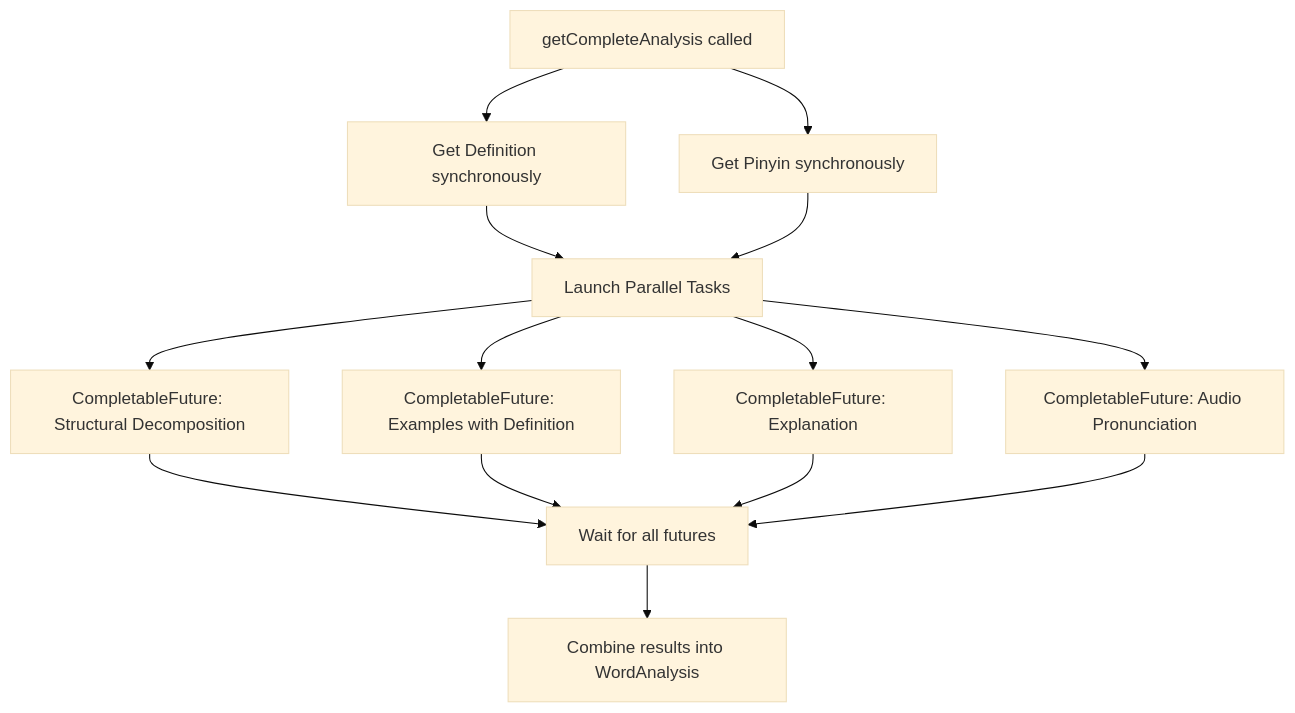
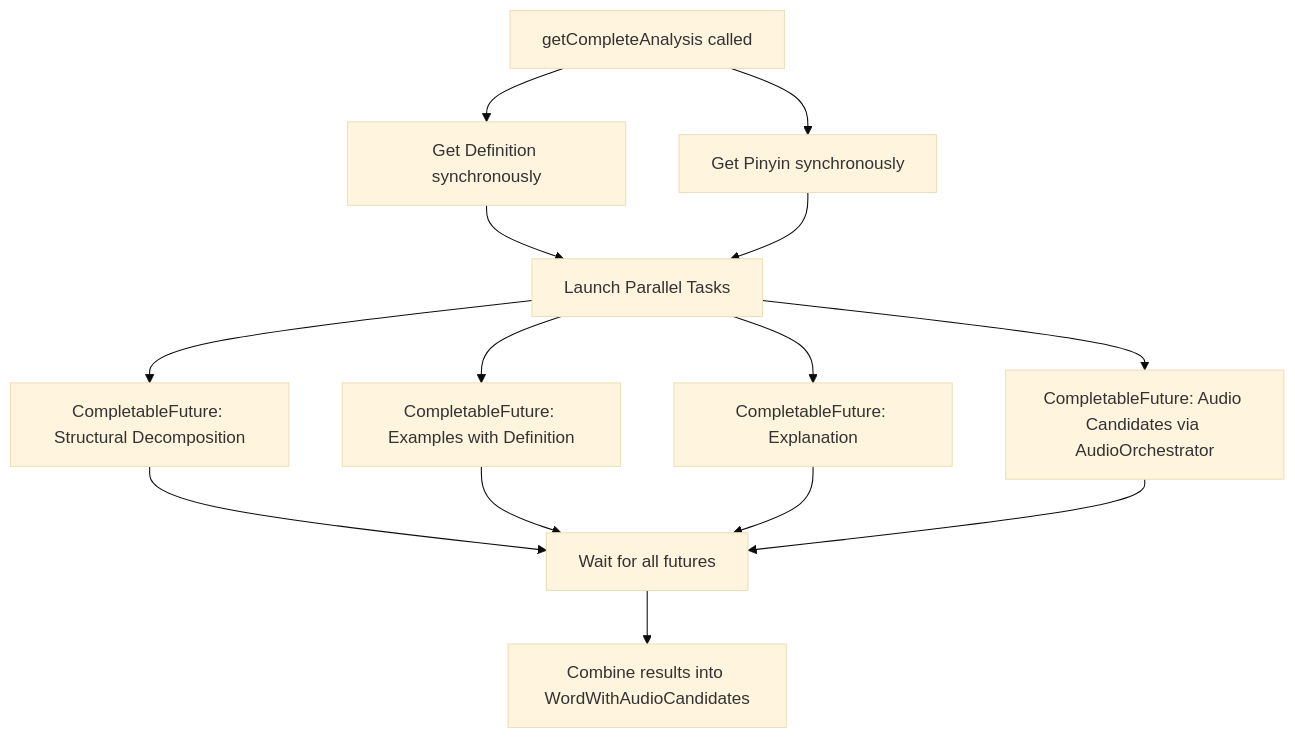
Before and after one commit to jorjao81/zh-learn2: the sixth of 13 diagrams in PARSE_PLECO_FLOW.md, drawn with Mermaid (base theme). The commit also changed other lines of this file and 5 other files, not shown here.

Commit message:
docs: architecture

````diff
--- a/PARSE_PLECO_FLOW.md
+++ b/PARSE_PLECO_FLOW.md
@@ -163,19 +169,19 @@
 ```mermaid
 flowchart TD
     A[getCompleteAnalysis called] --> B[Get Definition synchronously]
     A --> C[Get Pinyin synchronously]
     B --> D[Launch Parallel Tasks]
     C --> D
 
     D --> E[CompletableFuture: Structural Decomposition]
     D --> F[CompletableFuture: Examples with Definition]
     D --> G[CompletableFuture: Explanation]
-    D --> H[CompletableFuture: Audio Pronunciation]
+    D --> H[CompletableFuture: Audio Candidates via AudioOrchestrator]
 
     E --> I[Wait for all futures]
     F --> I
     G --> I
     H --> I
 
-    I --> J[Combine results into WordAnalysis]
+    I --> J[Combine results into WordWithAudioCandidates]
 ```
````
